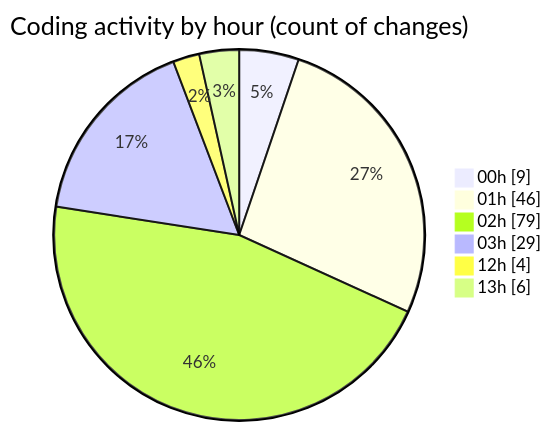
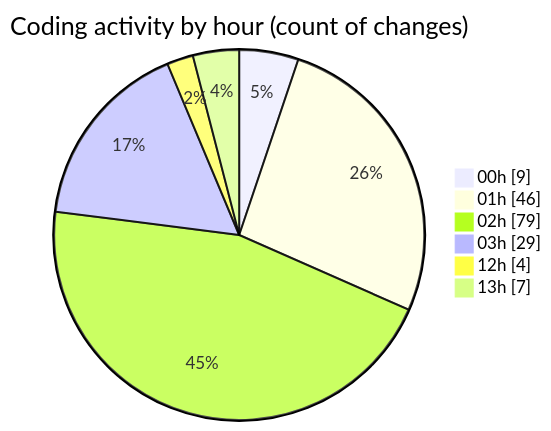
One commit to julien-gomy/code-tracking changed the second of 2 diagrams in 2025-11-18/eventscop-frontend-guide__workspace_/README.md. Above: the diagram before and after it, drawn with Mermaid. The commit also changed other lines of this file and 1 other file, not shown here.

````diff
--- a/2025-11-18/eventscop-frontend-guide__workspace_/README.md
+++ b/2025-11-18/eventscop-frontend-guide__workspace_/README.md
@@ -72,10 +73,10 @@
 ```mermaid
 pie showData
 title Coding activity by hour (count of changes)
 "00h" : 9
 "01h" : 46
 "02h" : 79
 "03h" : 29
 "12h" : 4
-"13h" : 6
+"13h" : 7
 ```
````
